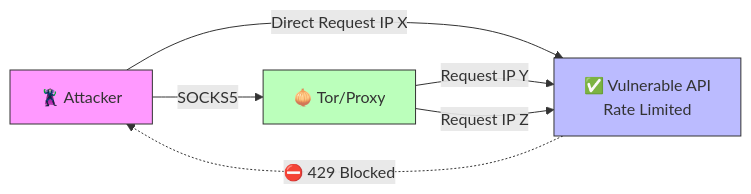
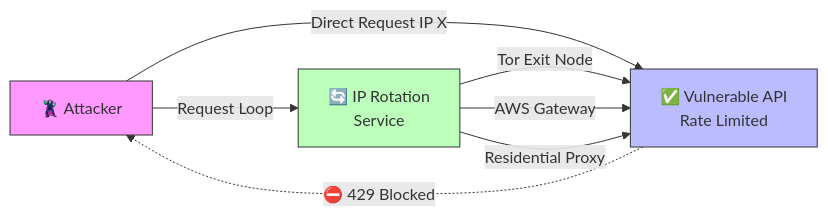
The diagram in exercises/module9/README.md (edelahozuah/intro-to-password-workshop), drawn with Mermaid before and after one commit. The commit also changed other lines of this file, not shown here.

Commit message:
Generalize Module 9 description and diagram for broader IP rotation scope

````diff
--- a/exercises/module9/README.md
+++ b/exercises/module9/README.md
@@ -13,19 +13,20 @@
 ```mermaid
     flowchart LR
         A["🦹 Attacker"]
-        P["🧅 Tor/Proxy"]
+        LB["🔄 IP Rotation<br/>Service"]
         T["✅ Vulnerable API<br/>Rate Limited"]
         
         %% Direct Attack (Blocked)
         A -->|Direct Request IP X| T
         T -.->|⛔ 429 Blocked| A
         
         %% Proxy Attack (Bypass)
-        A -->|SOCKS5| P
-        P -->|Request IP Y| T
-        P -->|Request IP Z| T
+        A -->|Request Loop| LB
+        LB -->|Tor Exit Node| T
+        LB -->|AWS Gateway| T
+        LB -->|Residential Proxy| T
         
         style A fill:#f9f,stroke:#333
         style T fill:#bbf,stroke:#333
-        style P fill:#bfb,stroke:#333
+        style LB fill:#bfb,stroke:#333
 ```
````
